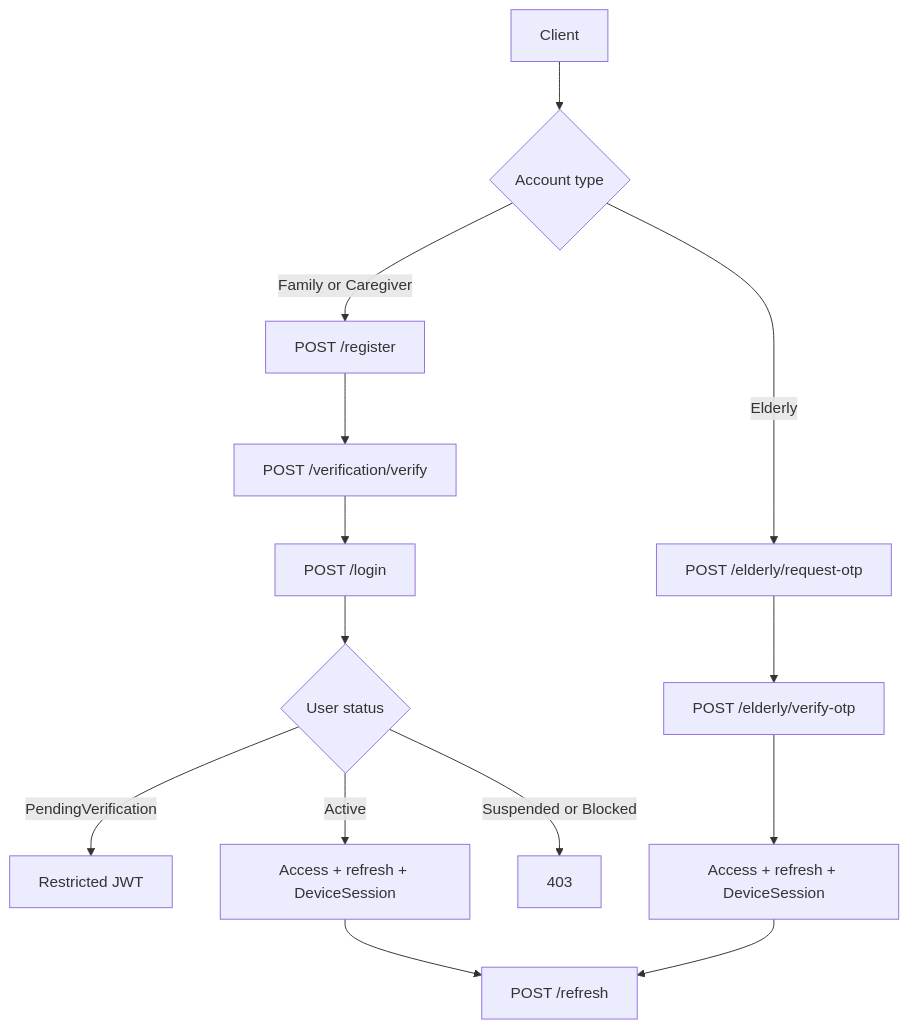
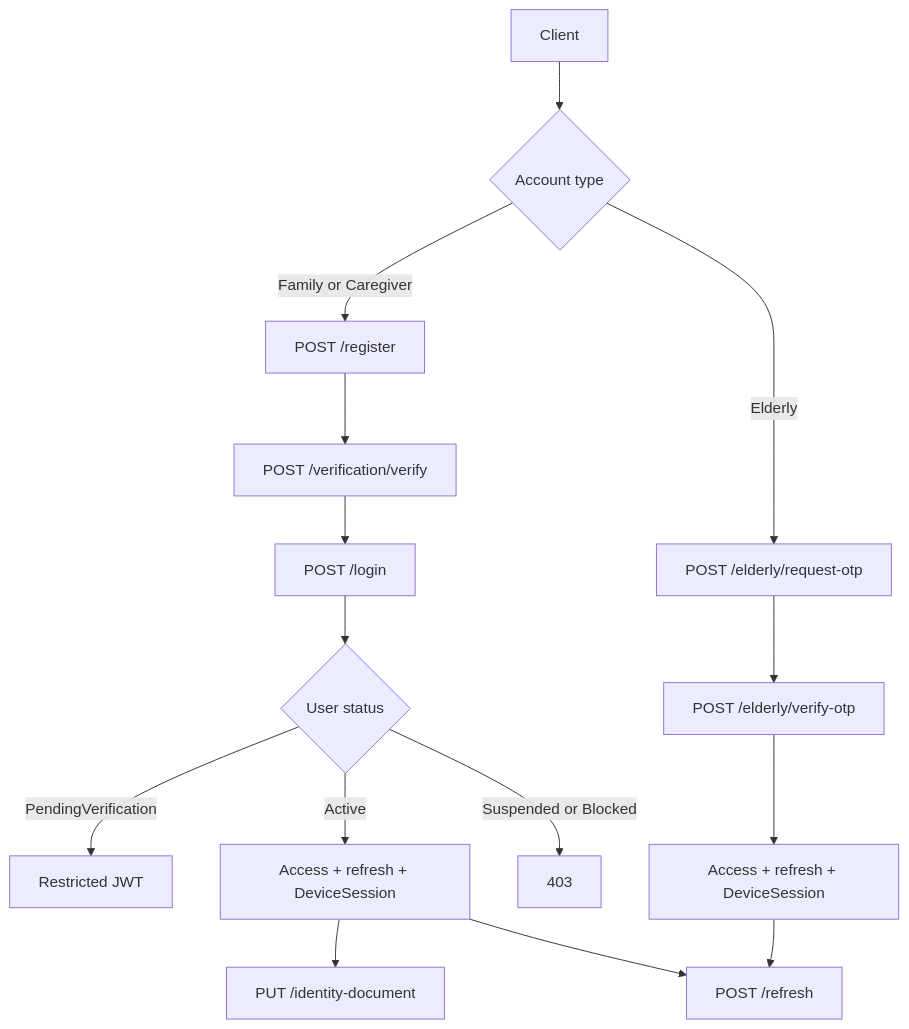
The diagram in docs/auth/overview.md (Mossad-55/Sanad_API), drawn with Mermaid before and after one commit. The commit also changed other lines of this file and 6 other files, not shown here.

````diff
--- a/docs/auth/overview.md
+++ b/docs/auth/overview.md
@@ -64,16 +64,17 @@
 ```mermaid
 flowchart TD
     start[Client] --> role{Account type}
     role -->|Family or Caregiver| register[POST /register]
     register --> verify[POST /verification/verify]
     verify --> login[POST /login]
     login --> pending{User status}
     pending -->|PendingVerification| restricted[Restricted JWT]
     pending -->|Active| normal[Access + refresh + DeviceSession]
     pending -->|Suspended or Blocked| denied[403]
+    normal --> idDoc[PUT /identity-document]
     role -->|Elderly| elderlyReq[POST /elderly/request-otp]
     elderlyReq --> elderlyVerify[POST /elderly/verify-otp]
     elderlyVerify --> elderlyTokens[Access + refresh + DeviceSession]
     normal --> refresh[POST /refresh]
     elderlyTokens --> refresh
 ```
````
